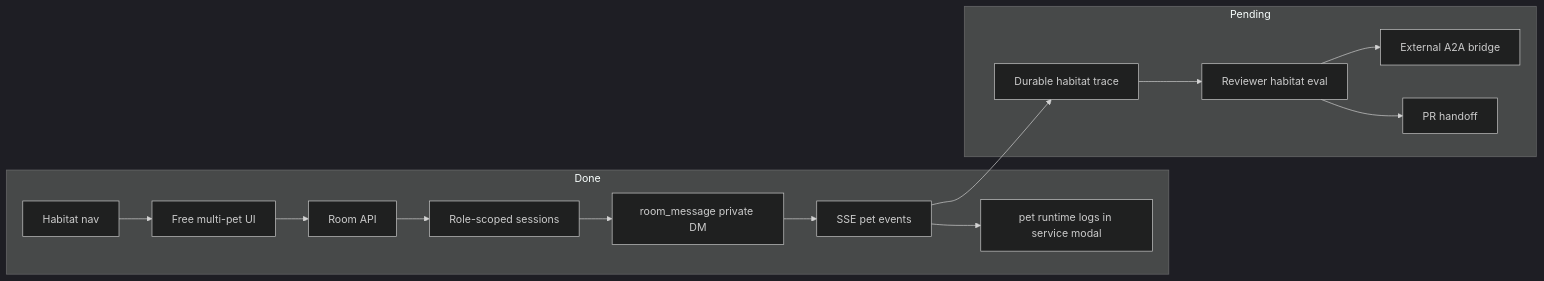
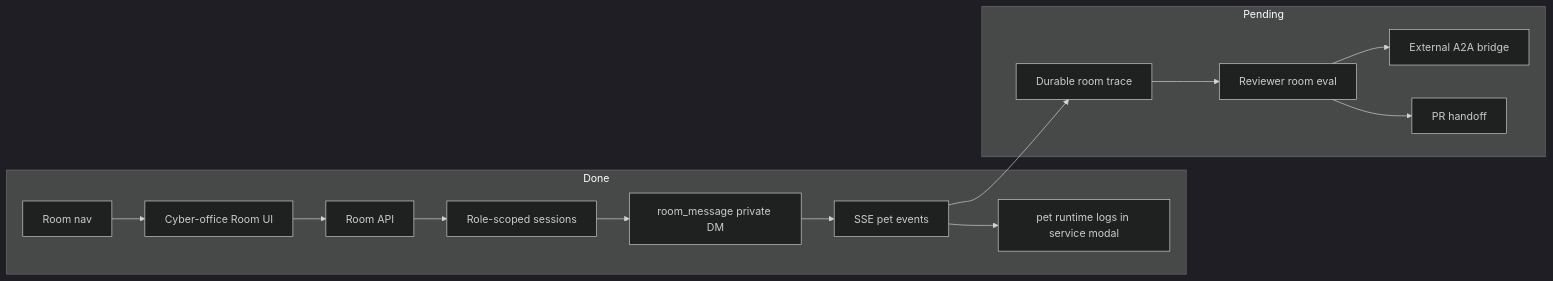
One commit to fightheyyy/XiaoBa-CLI changed the diagram in dashboard/PLAN.md. Above: the diagram before and after it, drawn with Mermaid (dark theme). The commit also changed other lines of this file and 2 other files, not shown here.

Commit message:
Redesign dashboard room surface

````diff
--- a/dashboard/PLAN.md
+++ b/dashboard/PLAN.md
@@ -7,30 +7,30 @@
 ```mermaid
 flowchart LR
     subgraph Done["Done"]
-        Nav["Habitat nav"]
-        Pets["Free multi-pet UI"]
+        Nav["Room nav"]
+        Surface["Cyber-office Room UI"]
         API["Room API"]
         Scoped["Role-scoped sessions"]
         PM["room_message private DM"]
         Stream["SSE pet events"]
         Logs["pet runtime logs in service modal"]
     end
 
     subgraph Pending["Pending"]
-        Durable["Durable habitat trace"]
-        Eval["Reviewer habitat eval"]
+        Durable["Durable room trace"]
+        Eval["Reviewer room eval"]
         A2A["External A2A bridge"]
         PR["PR handoff"]
     end
 
-    Nav --> Pets
-    Pets --> API
+    Nav --> Surface
+    Surface --> API
     API --> Scoped
     Scoped --> PM
     PM --> Stream
     Stream --> Logs
     Stream --> Durable
     Durable --> Eval
     Eval --> A2A
     Eval --> PR
 ```
````
